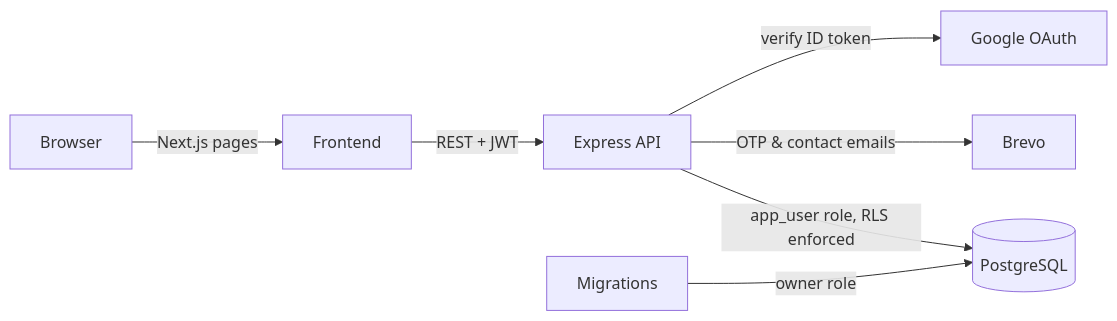
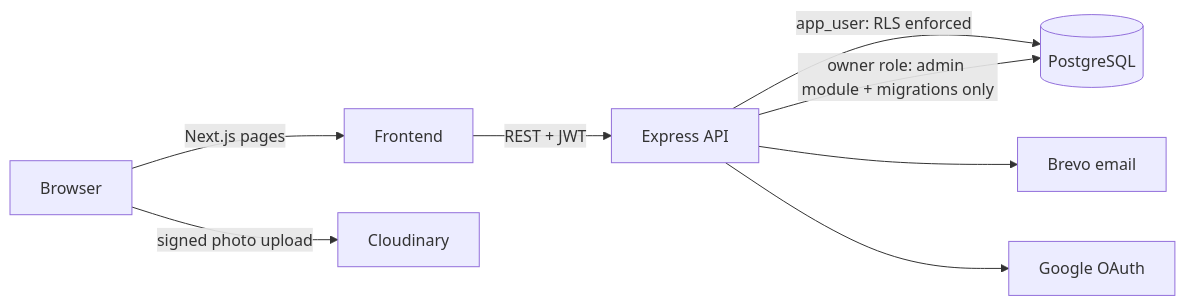
One commit to Kamran4074/rooMates changed the second of 2 diagrams in README.md. Above: the diagram before and after it, drawn with Mermaid. The commit also changed other lines of this file and 130 other files, not shown here.

````diff
--- a/README.md
+++ b/README.md
@@ -48,9 +91,10 @@
 ```mermaid
 flowchart LR
     U[Browser] -->|Next.js pages| FE[Frontend]
     FE -->|REST + JWT| API[Express API]
-    API -->|app_user role, RLS enforced| DB[(PostgreSQL)]
-    API -->|OTP & contact emails| RS[Brevo]
-    API -->|verify ID token| G[Google OAuth]
-    MIG[Migrations] -->|owner role| DB
+    U -->|signed photo upload| CL[Cloudinary]
+    API -->|app_user: RLS enforced| DB[(PostgreSQL)]
+    API -->|owner role: admin module + migrations only| DB
+    API --> BR[Brevo email]
+    API --> G[Google OAuth]
 ```
````
